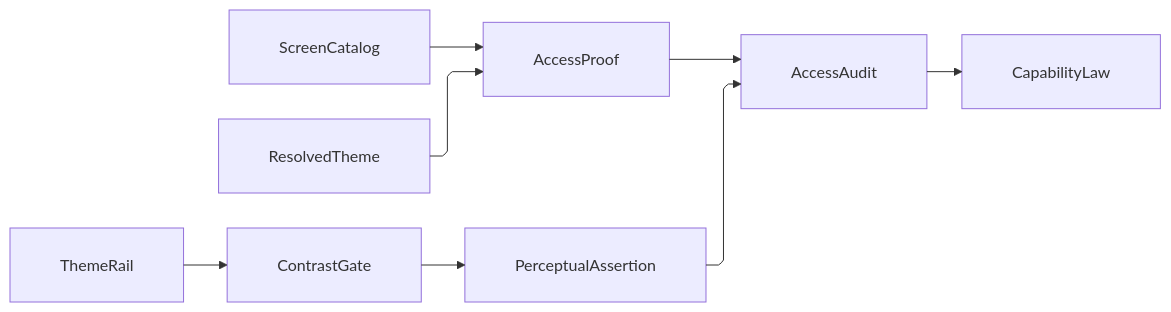
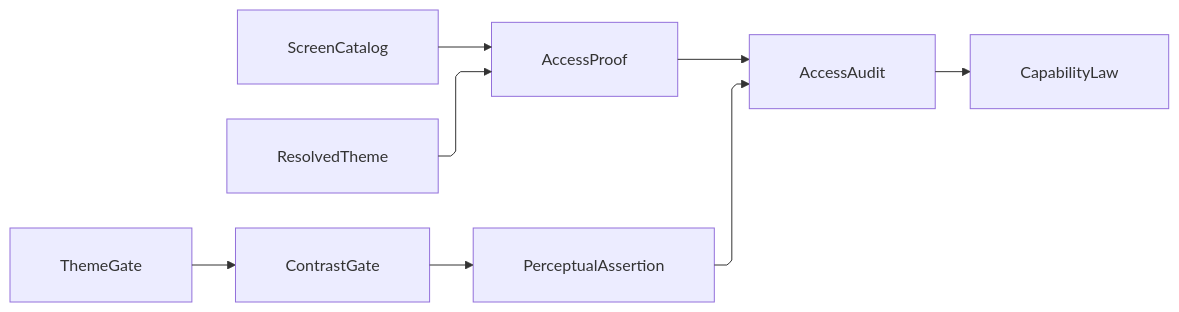
One commit to bsamiee/Rasm changed the diagram in libs/dotnet/Rasm.AppUi/.planning/Shell/accessibility.md. Above: the diagram before and after it, drawn with Mermaid. The commit also changed other lines of this file and 1997 other files, not shown here.

````diff
--- a/libs/dotnet/Rasm.AppUi/.planning/Shell/accessibility.md
+++ b/libs/dotnet/Rasm.AppUi/.planning/Shell/accessibility.md
@@ -551,19 +551,19 @@
 ```mermaid
 ---
 config:
   layout: elk
   flowchart:
     curve: linear
     padding: 25
 ---
 flowchart LR
     accTitle: Accessibility proof and perceptual assertion fold
-    accDescr: The screen catalog and the resolved theme grid crossing into the access proof sweep, the theme rail candidate rosters folding through the contrast gate into perceptual assertions, and both meeting in one access audit whose capability set is admitted against the whole check roster.
+    accDescr: The screen catalog and the resolved theme grid crossing into the access proof sweep, the theme gate candidate rosters folding through the contrast gate into perceptual assertions, and both meeting in one access audit whose capability set is admitted against the whole check roster.
     ScreenCatalog --> AccessProof
     ResolvedTheme --> AccessProof
-    ThemeRail --> ContrastGate
+    ThemeGate --> ContrastGate
     ContrastGate --> PerceptualAssertion
     PerceptualAssertion --> AccessAudit
     AccessProof --> AccessAudit
     AccessAudit --> CapabilityLaw
 ```
````
